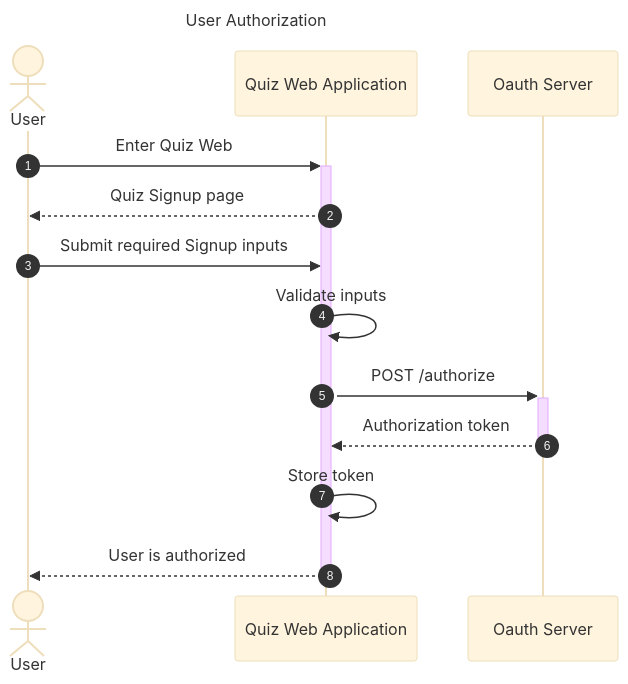
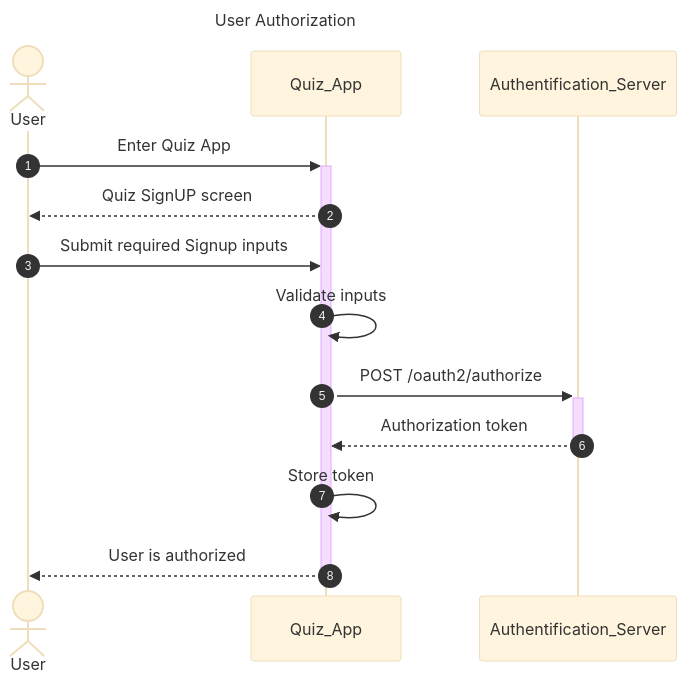
Before and after one commit to TomasGazo/slsp-solution-design-demo: the first of 3 diagrams in specifications/quiz_frontend_spec/quiz_frontend_spec.md, drawn with Mermaid. The commit also changed other lines of this file and 11 other files, not shown here.

Commit message:
Quiz App specification

````diff
--- a/specifications/quiz_frontend_spec/quiz_frontend_spec.md
+++ b/specifications/quiz_frontend_spec/quiz_frontend_spec.md
@@ -38,23 +71,23 @@
 ```mermaid
 ---
 title: User Authorization
 ---
 %%{init: {'theme':'base'}}%%
 sequenceDiagram
     autonumber
     actor user as User
-    participant quizWeb as Quiz Web Application
-    participant auth as Oauth Server
+    participant quizApp as Quiz_App
+    participant auth as Authentification_Server
 
-    user ->>+ quizWeb: Enter Quiz Web
-    quizWeb -->> user: Quiz Signup page
+    user ->>+ quizApp: Enter Quiz App
+    quizApp -->> user: Quiz SignUP screen
 
-    user ->> quizWeb: Submit required Signup inputs
-    quizWeb ->> quizWeb: Validate inputs
+    user ->> quizApp: Submit required Signup inputs
+    quizApp ->> quizApp: Validate inputs
     
-    quizWeb ->>+ auth: POST /authorize
-    auth -->>- quizWeb: Authorization token
-    quizWeb ->> quizWeb: Store token
+    quizApp ->>+ auth: POST /oauth2/authorize
+    auth -->>- quizApp: Authorization token
+    quizApp ->> quizApp: Store token
 
-    quizWeb -->>- user: User is authorized
+    quizApp -->>- user: User is authorized
 ```
````
